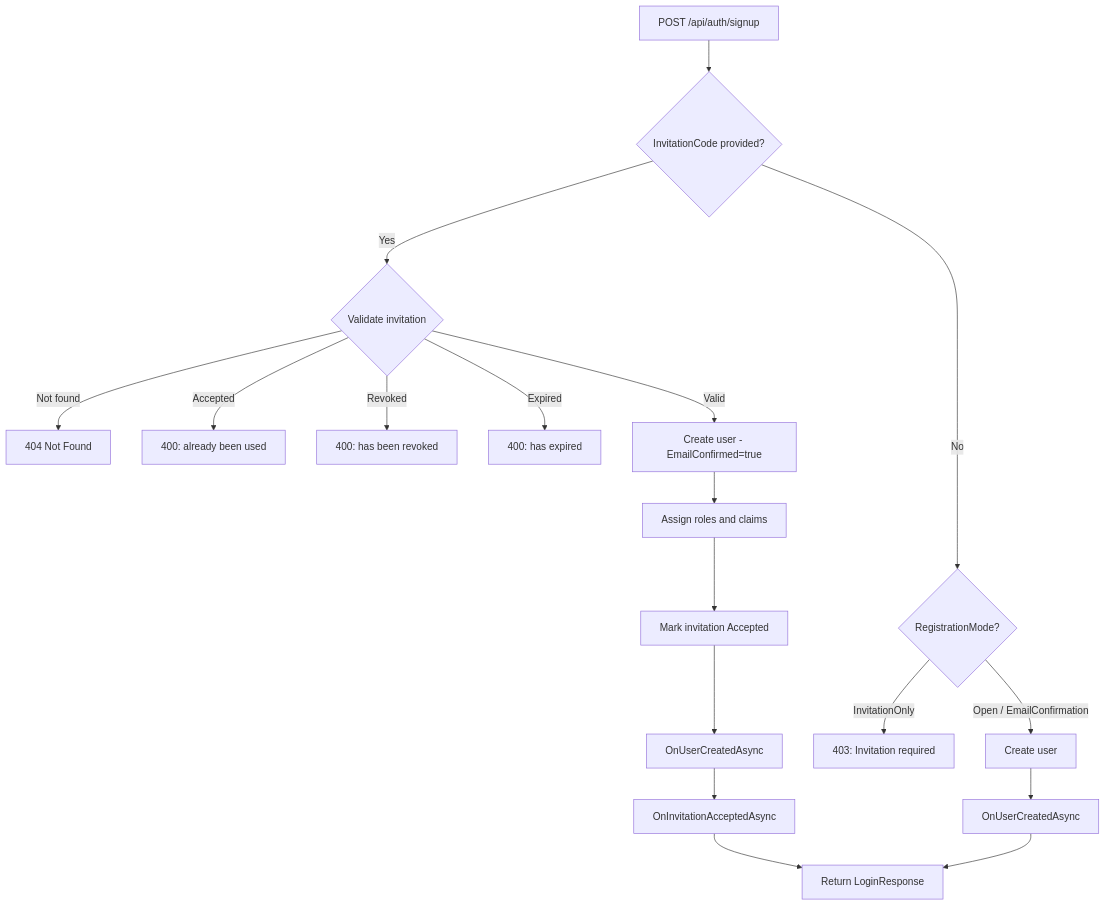
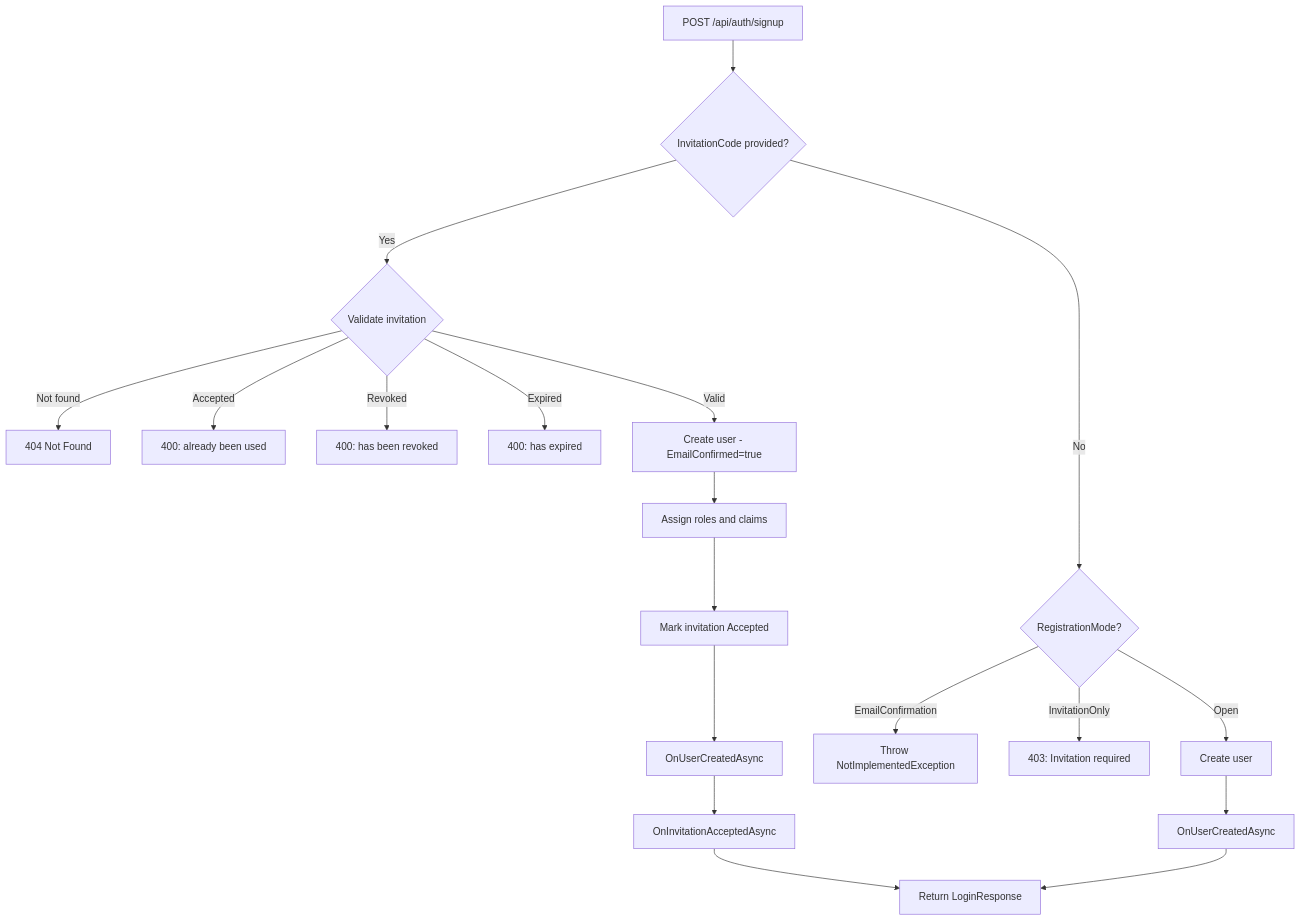
The diagram in docs/wip/DESIGN-REGISTRATION.md (jcoliz/NuxtIdentity), drawn with Mermaid before and after one commit. The commit also changed other lines of this file, not shown here.

````diff
--- a/docs/wip/DESIGN-REGISTRATION.md
+++ b/docs/wip/DESIGN-REGISTRATION.md
@@ -209,20 +216,21 @@
 ```mermaid
 flowchart TD
     A[POST /api/auth/signup] --> B{InvitationCode provided?}
     B -->|Yes| C{Validate invitation}
     C -->|Not found| D[404 Not Found]
     C -->|Accepted| E[400: already been used]
     C -->|Revoked| F[400: has been revoked]
     C -->|Expired| G[400: has expired]
     C -->|Valid| H[Create user - EmailConfirmed=true]
     H --> I[Assign roles and claims]
     I --> J[Mark invitation Accepted]
     J --> K[OnUserCreatedAsync]
     K --> L[OnInvitationAcceptedAsync]
     L --> M[Return LoginResponse]
     B -->|No| N{RegistrationMode?}
+    N -->|EmailConfirmation| O2[Throw NotImplementedException]
     N -->|InvitationOnly| O[403: Invitation required]
-    N -->|Open / EmailConfirmation| P[Create user]
+    N -->|Open| P[Create user]
     P --> Q[OnUserCreatedAsync]
     Q --> M
 ```
````
